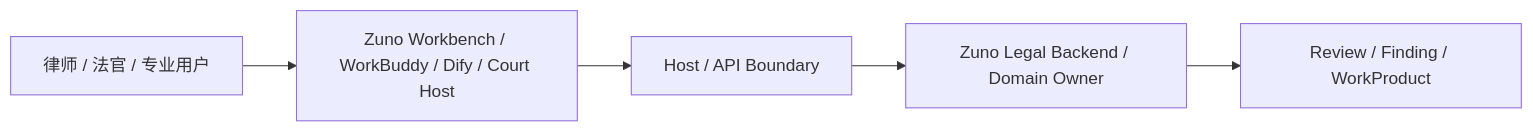
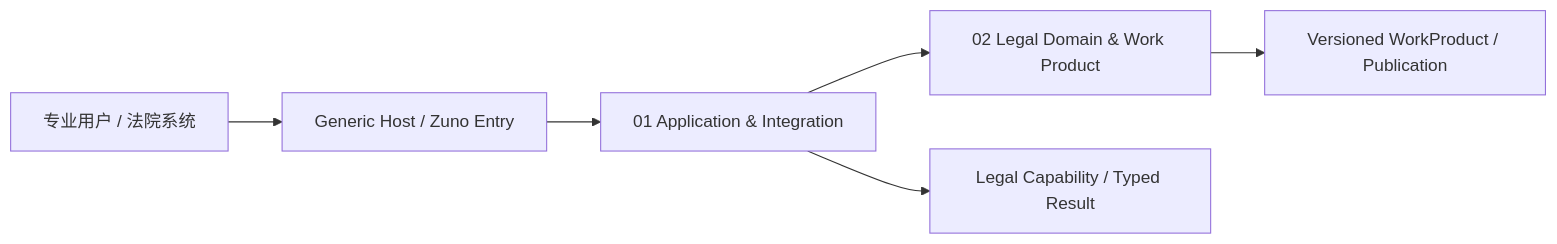
The first of 14 diagrams in docs/architecture/architecture-views.md (ProfessorZhi/Zuno), drawn with Mermaid before and after one commit. The commit also changed other lines of this file and 14 other files, not shown here.

Commit message:
docs: apply round 02 architecture revision

````diff
--- a/docs/architecture/architecture-views.md
+++ b/docs/architecture/architecture-views.md
@@ -29,7 +15,8 @@
 ```mermaid
 flowchart LR
-  USER[律师 / 法官 / 专业用户] --> SURFACE[Zuno Workbench / WorkBuddy / Dify / Court Host]
-  SURFACE --> EDGE[Host / API Boundary]
-  EDGE --> DOMAIN[Zuno Legal Backend / Domain Owner]
-  DOMAIN --> WORK[Review / Finding / WorkProduct]
+  USER[专业用户 / 法院系统] --> HOST[Generic Host / Zuno Entry]
+  HOST --> APP[01 Application & Integration]
+  APP --> DOMAIN[02 Legal Domain & Work Product]
+  APP --> CAP[Legal Capability / Typed Result]
+  DOMAIN --> RESULT[Versioned WorkProduct / Publication]
 ```
````
